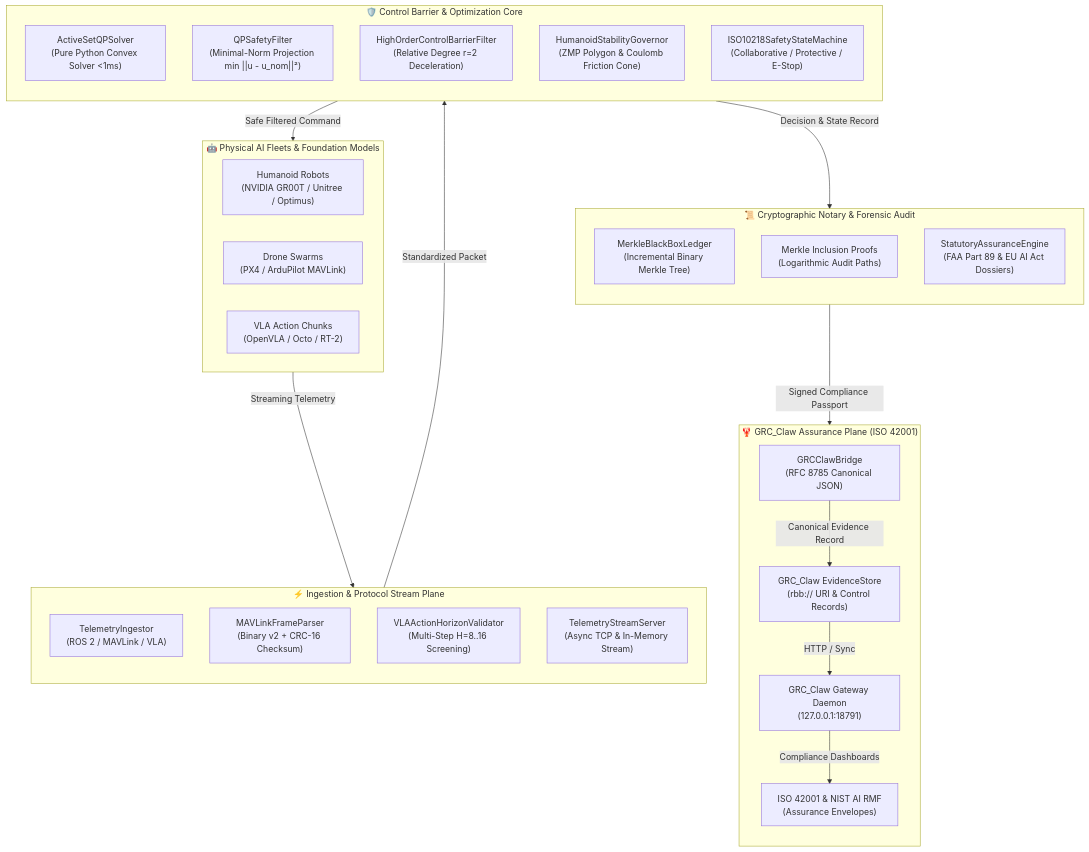
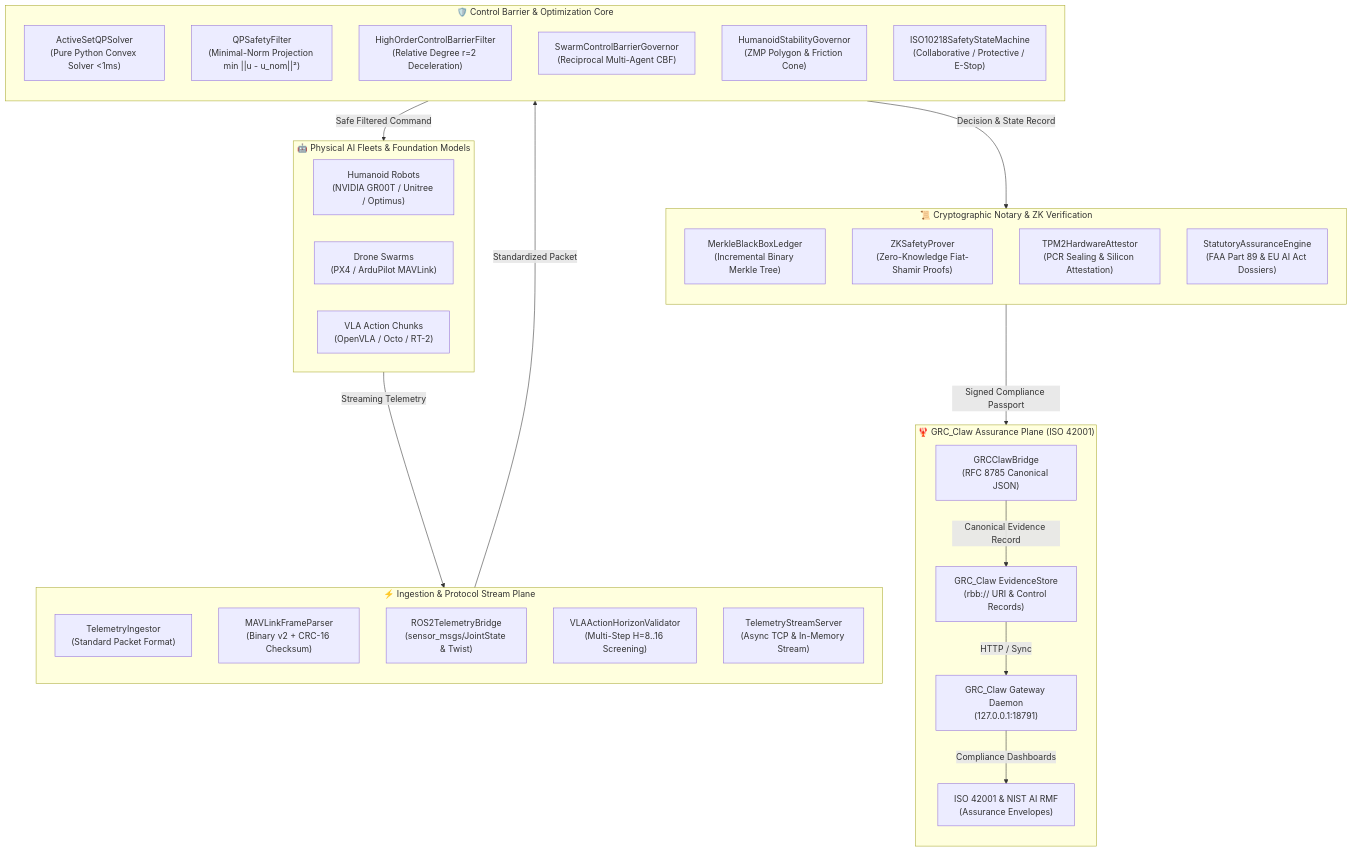
One commit to AAH20/physical-ai-governor changed the first of 2 diagrams in README.md. Above: the diagram before and after it, drawn with Mermaid. The commit also changed other lines of this file and 7 other files, not shown here.

Commit message:
feat: add ZK safety proofs, hardware TPM 2.0 sealing, swarm CBF, and ROS 2 bridge

````diff
--- a/README.md
+++ b/README.md
@@ -17,50 +17,53 @@
 ```mermaid
 flowchart TD
   subgraph FLEET["🤖 Physical AI Fleets & Foundation Models"]
     direction LR
     H1["Humanoid Robots<br/>(NVIDIA GR00T / Unitree / Optimus)"]
     DR["Drone Swarms<br/>(PX4 / ArduPilot MAVLink)"]
     VLA["VLA Action Chunks<br/>(OpenVLA / Octo / RT-2)"]
   end
 
   subgraph INGEST["⚡ Ingestion & Protocol Stream Plane"]
     direction TB
-    ING["TelemetryIngestor<br/>(ROS 2 / MAVLink / VLA)"]
+    ING["TelemetryIngestor<br/>(Standard Packet Format)"]
     MFP["MAVLinkFrameParser<br/>(Binary v2 + CRC-16 Checksum)"]
+    ROS["ROS2TelemetryBridge<br/>(sensor_msgs/JointState &amp; Twist)"]
     VAV["VLAActionHorizonValidator<br/>(Multi-Step H=8..16 Screening)"]
-    TSS["TelemetryStreamServer<br/>(Async TCP & In-Memory Stream)"]
+    TSS["TelemetryStreamServer<br/>(Async TCP &amp; In-Memory Stream)"]
   end
 
   subgraph SAFETY["🛡️ Control Barrier & Optimization Core"]
     direction TB
     QP["ActiveSetQPSolver<br/>(Pure Python Convex Solver &lt;1ms)"]
     QPF["QPSafetyFilter<br/>(Minimal-Norm Projection min ||u - u_nom||²)"]
     HOCBF["HighOrderControlBarrierFilter<br/>(Relative Degree r=2 Deceleration)"]
-    STAB["HumanoidStabilityGovernor<br/>(ZMP Polygon &amp; Coulomb Friction Cone)"]
+    SWARM["SwarmControlBarrierGovernor<br/>(Reciprocal Multi-Agent CBF)"]
+    STAB["HumanoidStabilityGovernor<br/>(ZMP Polygon &amp; Friction Cone)"]
     SM["ISO10218SafetyStateMachine<br/>(Collaborative / Protective / E-Stop)"]
   end
 
-  subgraph AUDIT["📜 Cryptographic Notary & Forensic Audit"]
+  subgraph AUDIT["📜 Cryptographic Notary & ZK Verification"]
     direction TB
     MBL["MerkleBlackBoxLedger<br/>(Incremental Binary Merkle Tree)"]
-    PRF["Merkle Inclusion Proofs<br/>(Logarithmic Audit Paths)"]
+    ZK["ZKSafetyProver<br/>(Zero-Knowledge Fiat-Shamir Proofs)"]
+    TPM["TPM2HardwareAttestor<br/>(PCR Sealing &amp; Silicon Attestation)"]
     STAT["StatutoryAssuranceEngine<br/>(FAA Part 89 &amp; EU AI Act Dossiers)"]
   end
 
   subgraph GRC["🦞 GRC_Claw Assurance Plane (ISO 42001)"]
     direction TB
     BRIDGE["GRCClawBridge<br/>(RFC 8785 Canonical JSON)"]
     EV["GRC_Claw EvidenceStore<br/>(rbb:// URI &amp; Control Records)"]
     GW["GRC_Claw Gateway Daemon<br/>(127.0.0.1:18791)"]
     AIMS["ISO 42001 &amp; NIST AI RMF<br/>(Assurance Envelopes)"]
   end
 
   FLEET -->|Streaming Telemetry| INGEST
   INGEST -->|Standardized Packet| SAFETY
   SAFETY -->|Safe Filtered Command| FLEET
   SAFETY -->|Decision &amp; State Record| AUDIT
   AUDIT -->|Signed Compliance Passport| BRIDGE
   BRIDGE -->|Canonical Evidence Record| EV
   EV -->|HTTP / Sync| GW
   GW -->|Compliance Dashboards| AIMS
 ```
````
